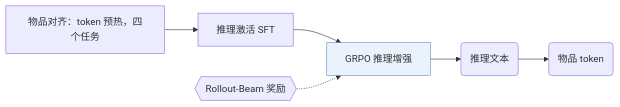
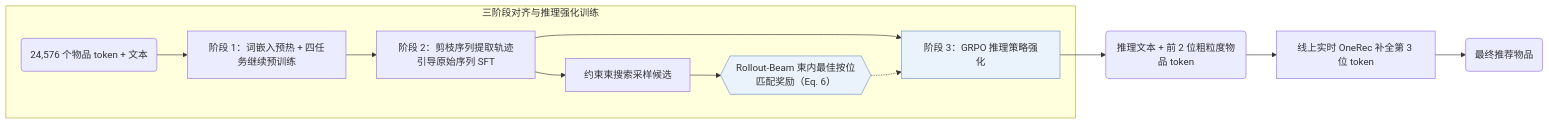
The first of 2 diagrams in notes/zh/onerec-think.md (Galaxy-ghost/Awesome-SID-Generative-Rec), drawn with Mermaid before and after one commit. The commit also changed other lines of this file and 649 other files, not shown here.

Commit message:
writer-05: also tags and modality index (schema, check, build, visuals); summary field removed; calibration data for 12 papers

````diff
--- a/notes/zh/onerec-think.md
+++ b/notes/zh/onerec-think.md
@@ -14,9 +14,14 @@
 ```mermaid
 flowchart LR
-    A["物品对齐：token 预热，四个任务"] --> B["推理激活 SFT"]
-    B --> C["GRPO 推理增强"]:::key
-    L1{{"Rollout-Beam 奖励"}} -.-> C
-    C --> D("推理文本")
-    D --> E("物品 token")
+    subgraph Train["三阶段对齐与推理强化训练"]
+        A("24,576 个物品 token + 文本") --> W["阶段 1：词嵌入预热 + 四任务继续预训练"]
+        W --> S["阶段 2：剪枝序列提取轨迹引导原始序列 SFT"]
+        S --> R["阶段 3：GRPO 推理策略强化"]:::key
+        S --> CB["约束束搜索采样候选"]
+        CB --> L1{{"Rollout-Beam 束内最佳按位匹配奖励（Eq. 6）"}}:::key
+        L1 -.-> R
+    end
+    R --> CoT("推理文本 + 前 2 位粗粒度物品 token")
+    CoT --> Online["线上实时 OneRec 补全第 3 位 token"] --> Out("最终推荐物品")
     classDef key fill:#eaf2fb,stroke:#6b8fc7
 ```
````
